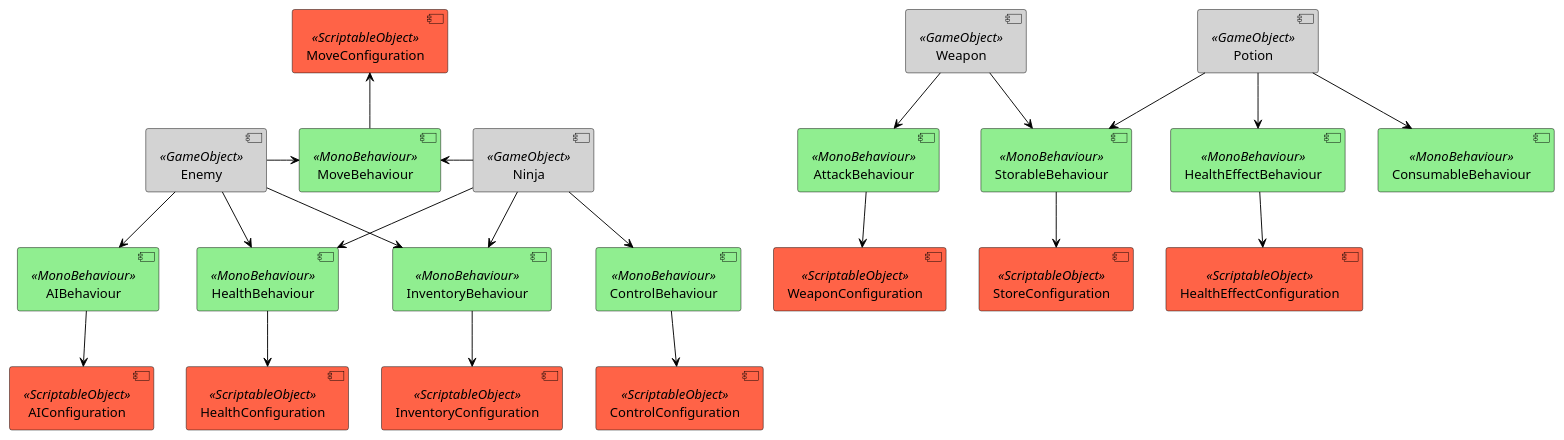
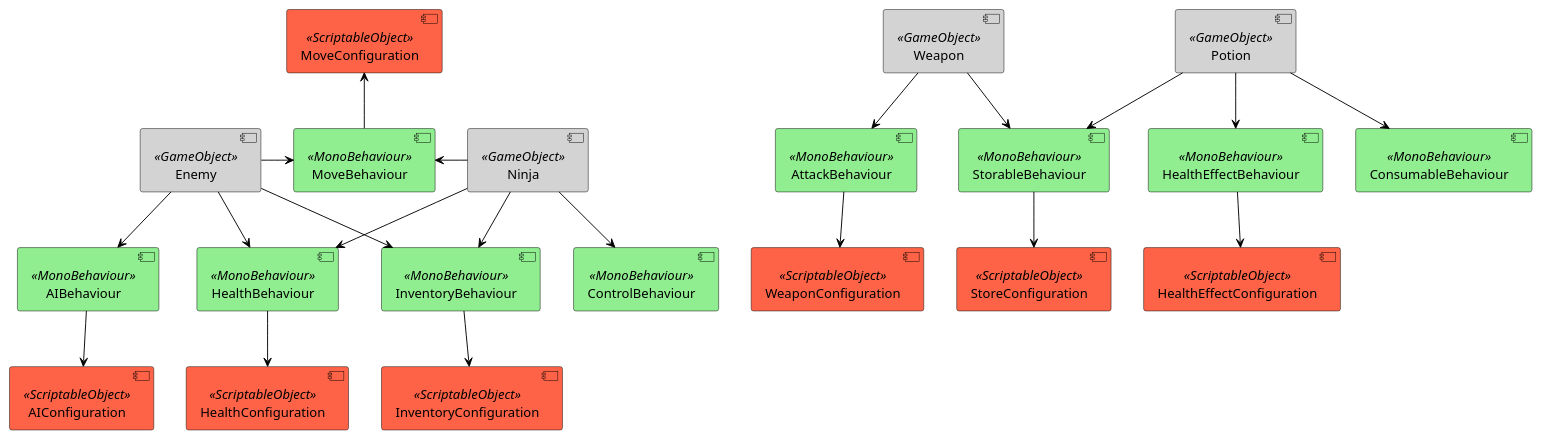
One commit to jcawe/NinjaProject changed the diagram in Documentation/design.wsd. Above: the diagram before and after it, drawn with PlantUML.

Commit message:
Change design to remove config from control

```diff
--- a/Documentation/design.wsd
+++ b/Documentation/design.wsd
@@ -1,59 +1,57 @@
 @startuml design
 
 skinparam component {
     borderColor Black
     backgroundColor<<GameObject>> LightGray
     backgroundColor<<MonoBehaviour>> LightGreen
     backgroundColor<<ScriptableObject>> Tomato
     ArrowColor Black
     Text Bold
 }
 
 component Ninja <<GameObject>>
 component Enemy <<GameObject>>
 component Weapon <<GameObject>>
 component Potion <<GameObject>>
 
 component MoveBehaviour <<MonoBehaviour>>
 component AttackBehaviour <<MonoBehaviour>>
 component ControlBehaviour <<MonoBehaviour>>
 component AIBehaviour <<MonoBehaviour>>
 component InventoryBehaviour <<MonoBehaviour>>
 component StorableBehaviour <<MonoBehaviour>>
 component HealthEffectBehaviour <<MonoBehaviour>>
 component ConsumableBehaviour <<MonoBehaviour>>
 component HealthBehaviour <<MonoBehaviour>>
 
-component ControlConfiguration <<ScriptableObject>>
 component MoveConfiguration <<ScriptableObject>>
 component AIConfiguration <<ScriptableObject>>
 component InventoryConfiguration <<ScriptableObject>>
 component StoreConfiguration <<ScriptableObject>>
 component WeaponConfiguration <<ScriptableObject>>
 component HealthEffectConfiguration <<ScriptableObject>>
 component HealthConfiguration <<ScriptableObject>>
 
 Ninja --> InventoryBehaviour
 Ninja -left-> MoveBehaviour
 Ninja --> ControlBehaviour
 Ninja --> HealthBehaviour
 Enemy --> InventoryBehaviour
 Enemy -right-> MoveBehaviour
 Enemy --> AIBehaviour
 Enemy --> HealthBehaviour
 Weapon --> AttackBehaviour
 Weapon --> StorableBehaviour
 Potion --> StorableBehaviour
 Potion --> HealthEffectBehaviour
 Potion --> ConsumableBehaviour
 
 InventoryBehaviour --> InventoryConfiguration
 StorableBehaviour --> StoreConfiguration
-ControlBehaviour --> ControlConfiguration
 MoveBehaviour -up-> MoveConfiguration
 AIBehaviour --> AIConfiguration
 AttackBehaviour --> WeaponConfiguration
 HealthEffectBehaviour --> HealthEffectConfiguration
 HealthBehaviour --> HealthConfiguration
 
 @enduml
```
